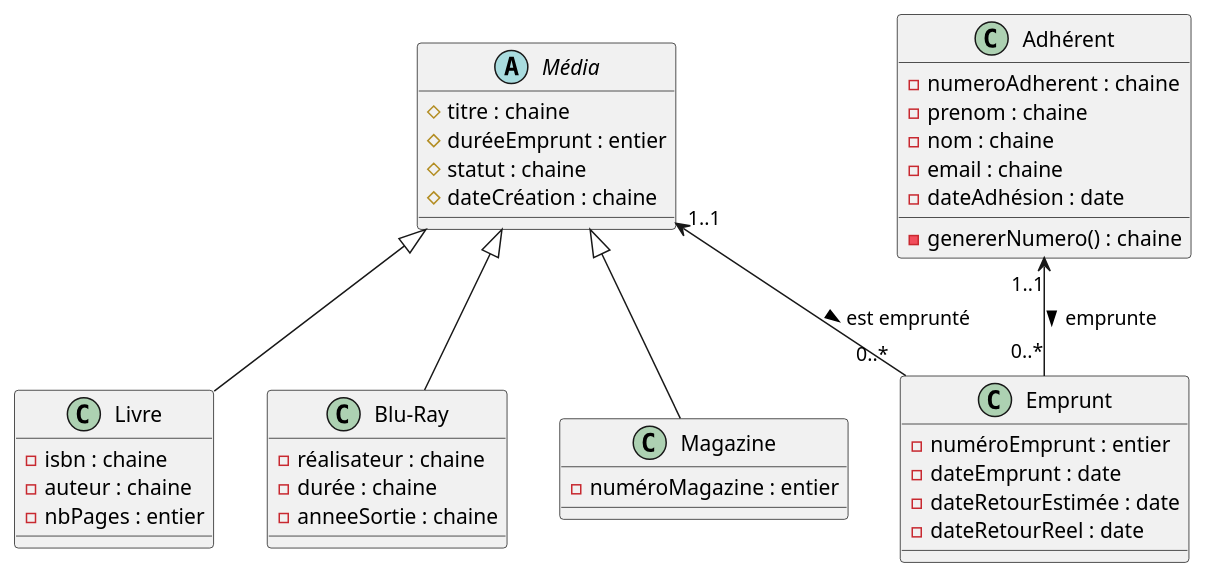
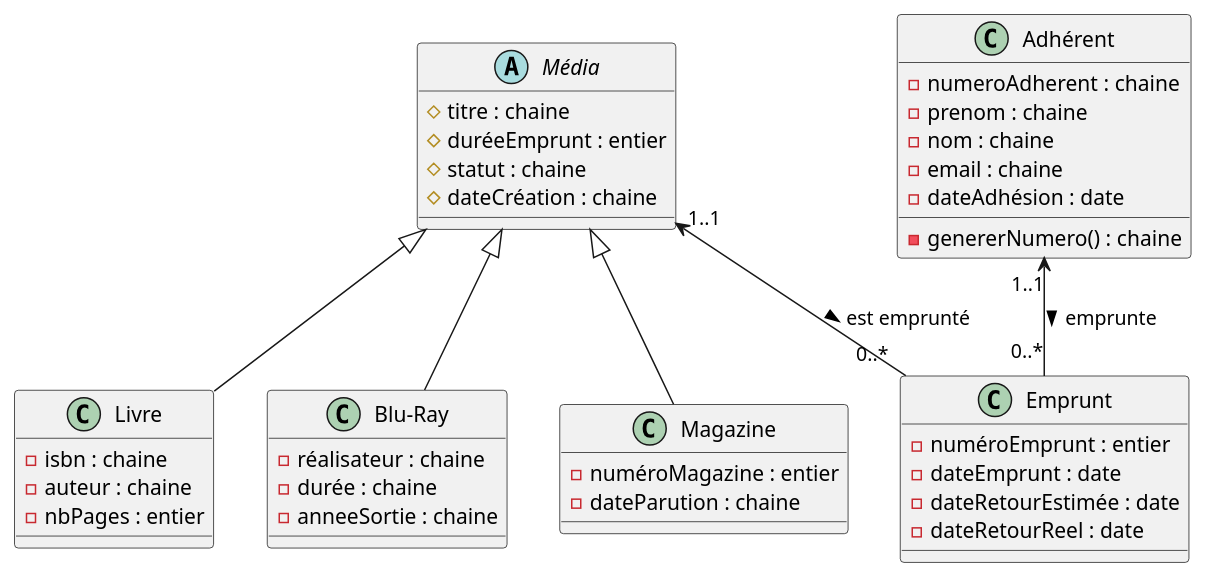
One commit to thogio8/php-projet-bibliotheque changed the diagram in documentation/diagrammeDeClasse.puml. Above: the diagram before and after it, drawn with PlantUML. The commit also changed 20 other files, not shown here.

```diff
--- a/documentation/diagrammeDeClasse.puml
+++ b/documentation/diagrammeDeClasse.puml
@@ -1,50 +1,51 @@
 @startuml
 
 abstract class "Média" as M{
     # titre : chaine
     # duréeEmprunt : entier
     # statut : chaine
     # dateCréation : chaine
 }
 
 class "Livre" as L{
     - isbn : chaine
     - auteur : chaine
     - nbPages : entier
 }
 
 class "Blu-Ray" as BR{
     - réalisateur : chaine
     - durée : chaine
     - anneeSortie : chaine
 }
 
 class "Magazine" as Ma{
     - numéroMagazine : entier
+    - dateParution : chaine
 }
 
 class "Adhérent" as A{
     - numeroAdherent : chaine
     - prenom : chaine
     - nom : chaine
     - email : chaine
     - dateAdhésion : date
     - genererNumero() : chaine
 }
 
 class "Emprunt" as E{
     - numéroEmprunt : entier
     - dateEmprunt : date
     - dateRetourEstimée : date
     - dateRetourReel : date
 }
 
 M <|-- L
 M <|-- BR
 M <|-- Ma
 M "1..1" <-- "              0..*"E : est emprunté >
 A "1..1" <-- "0..*"E : emprunte >
 
 
 
 @enduml
```
